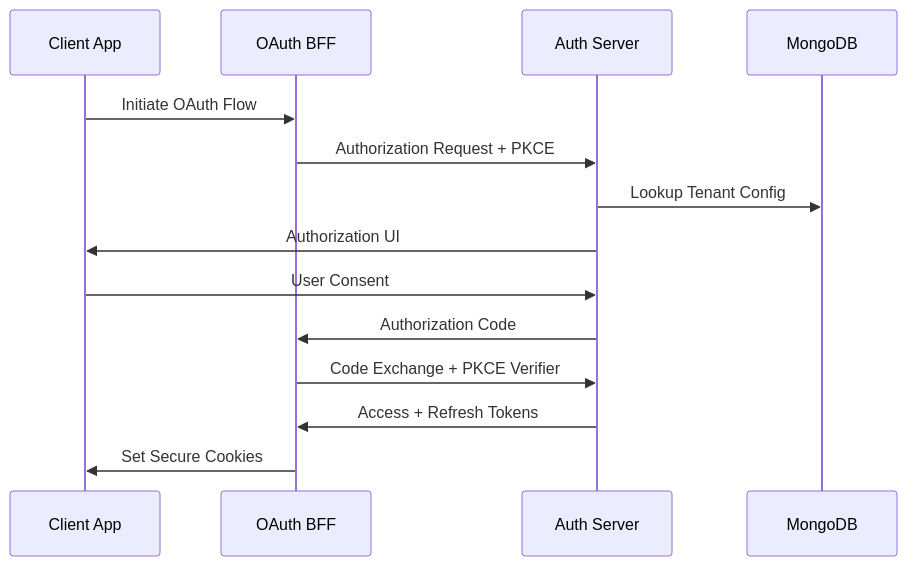
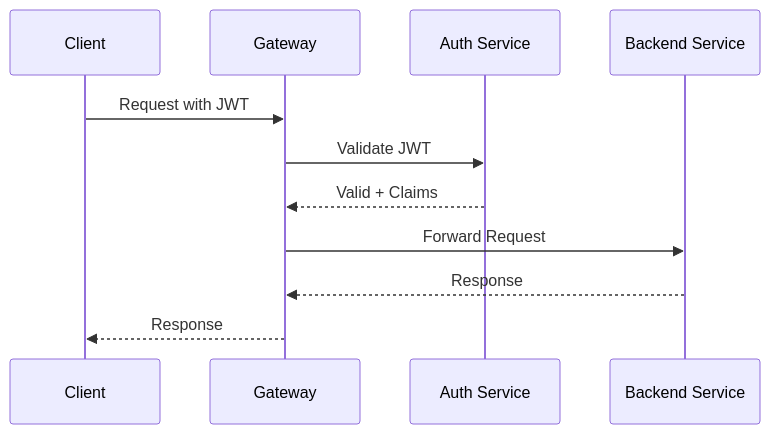
Before and after one commit to flamingo-stack/openframe-oss-lib: the fifth of 18 diagrams in docs/development/architecture/README.md, drawn with Mermaid. The commit also changed other lines of this file and 212 other files, not shown here.

````diff
--- a/docs/development/architecture/README.md
+++ b/docs/development/architecture/README.md
@@ -186,17 +246,14 @@
 ```mermaid
 sequenceDiagram
-    participant Client as Client App
-    participant BFF as OAuth BFF
-    participant AuthSrv as Auth Server
-    participant MongoDB as MongoDB
-
-    Client->>BFF: Initiate OAuth Flow
-    BFF->>AuthSrv: Authorization Request + PKCE
-    AuthSrv->>MongoDB: Lookup Tenant Config
-    AuthSrv->>Client: Authorization UI
-    Client->>AuthSrv: User Consent
-    AuthSrv->>BFF: Authorization Code
-    BFF->>AuthSrv: Code Exchange + PKCE Verifier
-    AuthSrv->>BFF: Access + Refresh Tokens
-    BFF->>Client: Set Secure Cookies
+    participant Client
+    participant Gateway
+    participant Auth as Auth Service
+    participant Backend as Backend Service
+    
+    Client->>Gateway: Request with JWT
+    Gateway->>Auth: Validate JWT
+    Auth-->>Gateway: Valid + Claims
+    Gateway->>Backend: Forward Request
+    Backend-->>Gateway: Response
+    Gateway-->>Client: Response
 ```
````
